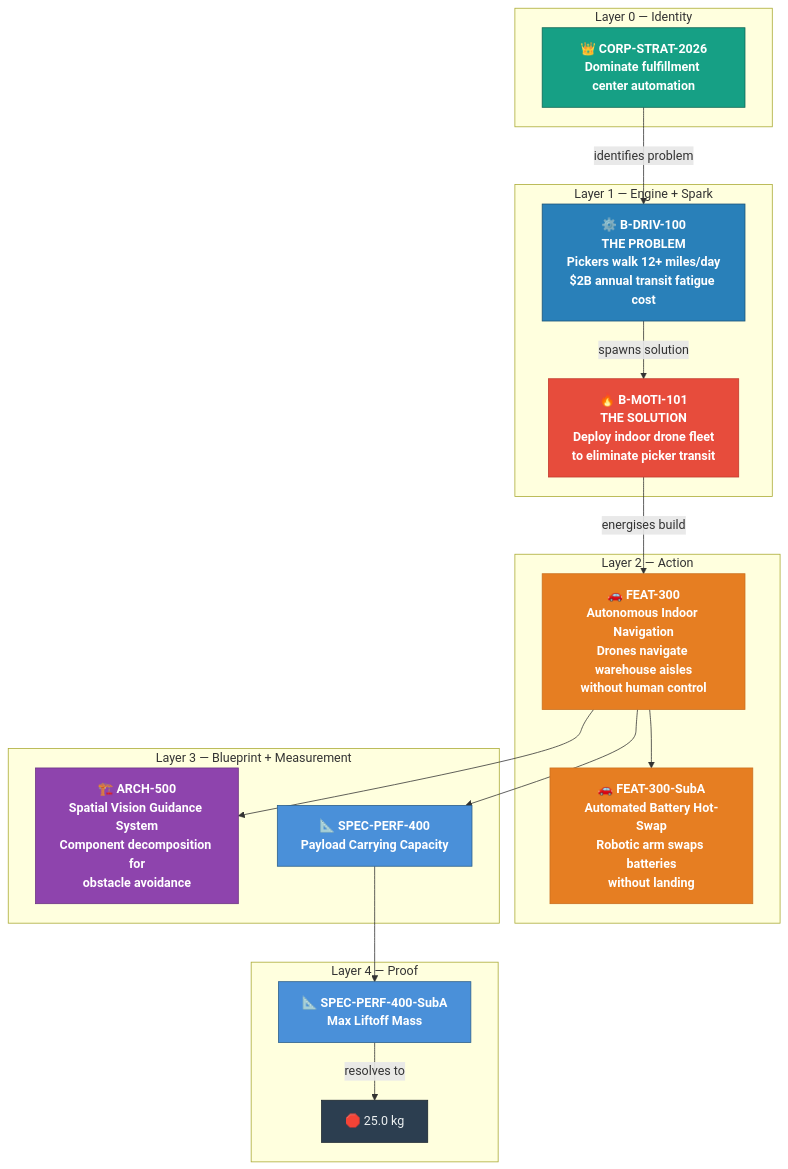
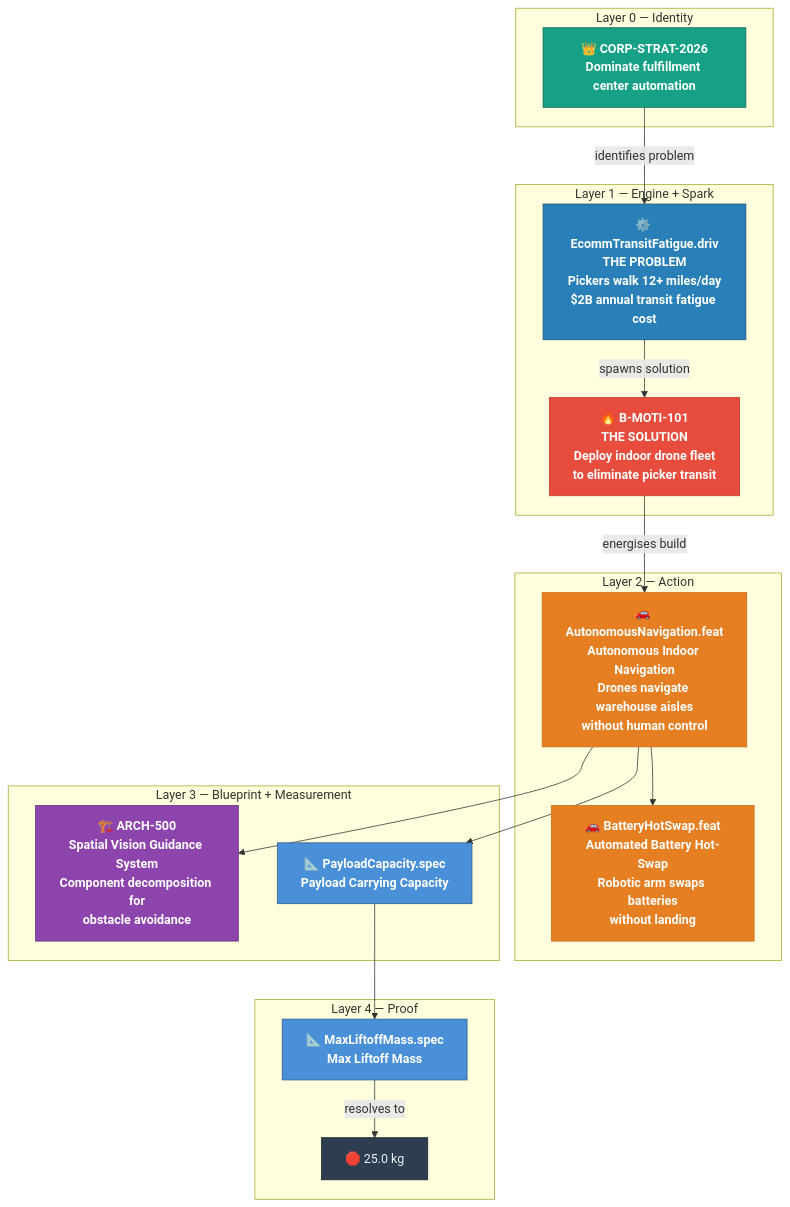
The third of 5 diagrams in docs/doc-templates/20260816-140252-321141-01a0-0ae1-e82170a79586-SdlcHierarchyOverview.tmpl-0.0.1.md (hanasaki/hanaden-bwrap-enhanced), drawn with Mermaid before and after one commit. The commit also changed 3 other files, not shown here.

````diff
--- a/docs/doc-templates/20260816-140252-321141-01a0-0ae1-e82170a79586-SdlcHierarchyOverview.tmpl-0.0.1.md
+++ b/docs/doc-templates/20260816-140252-321141-01a0-0ae1-e82170a79586-SdlcHierarchyOverview.tmpl-0.0.1.md
@@ -181,43 +181,43 @@
 ```mermaid
 flowchart TD
     subgraph "Layer 0 — Identity"
         CS["👑 CORP-STRAT-2026<br/><b>Dominate fulfillment center automation</b>"]:::l0
     end
 
     subgraph "Layer 1 — Engine + Spark"
-        BD["⚙️ B-DRIV-100<br/><b>THE PROBLEM</b><br/>Pickers walk 12+ miles/day<br/>$2B annual transit fatigue cost"]:::driv
+        BD["⚙️ EcommTransitFatigue.driv<br/><b>THE PROBLEM</b><br/>Pickers walk 12+ miles/day<br/>$2B annual transit fatigue cost"]:::driv
         BM["🔥 B-MOTI-101<br/><b>THE SOLUTION</b><br/>Deploy indoor drone fleet<br/>to eliminate picker transit"]:::moti
     end
 
     subgraph "Layer 2 — Action"
-        F300["🚗 FEAT-300<br/><b>Autonomous Indoor Navigation</b><br/>Drones navigate warehouse aisles<br/>without human control"]:::feat
-        F300A["🚗 FEAT-300-SubA<br/><b>Automated Battery Hot-Swap</b><br/>Robotic arm swaps batteries<br/>without landing"]:::feat
+        F300["🚗 AutonomousNavigation.feat<br/><b>Autonomous Indoor Navigation</b><br/>Drones navigate warehouse aisles<br/>without human control"]:::feat
+        F300A["🚗 BatteryHotSwap.feat<br/><b>Automated Battery Hot-Swap</b><br/>Robotic arm swaps batteries<br/>without landing"]:::feat
     end
 
     subgraph "Layer 3 — Blueprint + Measurement"
         A500["🏗️ ARCH-500<br/><b>Spatial Vision Guidance System</b><br/>Component decomposition for<br/>obstacle avoidance"]:::arch
-        SP400["📐 SPEC-PERF-400<br/><b>Payload Carrying Capacity</b>"]:::spec
+        SP400["📐 PayloadCapacity.spec<br/><b>Payload Carrying Capacity</b>"]:::spec
     end
 
     subgraph "Layer 4 — Proof"
-        SP400A["📐 SPEC-PERF-400-SubA<br/><b>Max Liftoff Mass</b>"]:::spec
+        SP400A["📐 MaxLiftoffMass.spec<br/><b>Max Liftoff Mass</b>"]:::spec
         LEAF["🛑 25.0 kg"]:::leaf
     end
 
     CS -->|"identifies problem"| BD
     BD -->|"spawns solution"| BM
     BM -->|"energises build"| F300
     F300 --> F300A
     F300 --> A500
     F300 --> SP400
     SP400 --> SP400A
     SP400A -->|"resolves to"| LEAF
 
     classDef l0   fill:#16a085,stroke:#0e6655,color:#fff,font-weight:bold
     classDef driv fill:#2980b9,stroke:#1a5276,color:#fff,font-weight:bold
     classDef moti fill:#e74c3c,stroke:#c0392b,color:#fff,font-weight:bold
     classDef feat fill:#e67e22,stroke:#ca6f1e,color:#fff,font-weight:bold
     classDef arch fill:#8e44ad,stroke:#6c3483,color:#fff,font-weight:bold
     classDef spec fill:#4a90d9,stroke:#2c5f8a,color:#fff,font-weight:bold
     classDef leaf fill:#2c3e50,stroke:#1a252f,color:#ecf0f1
 ```
````
